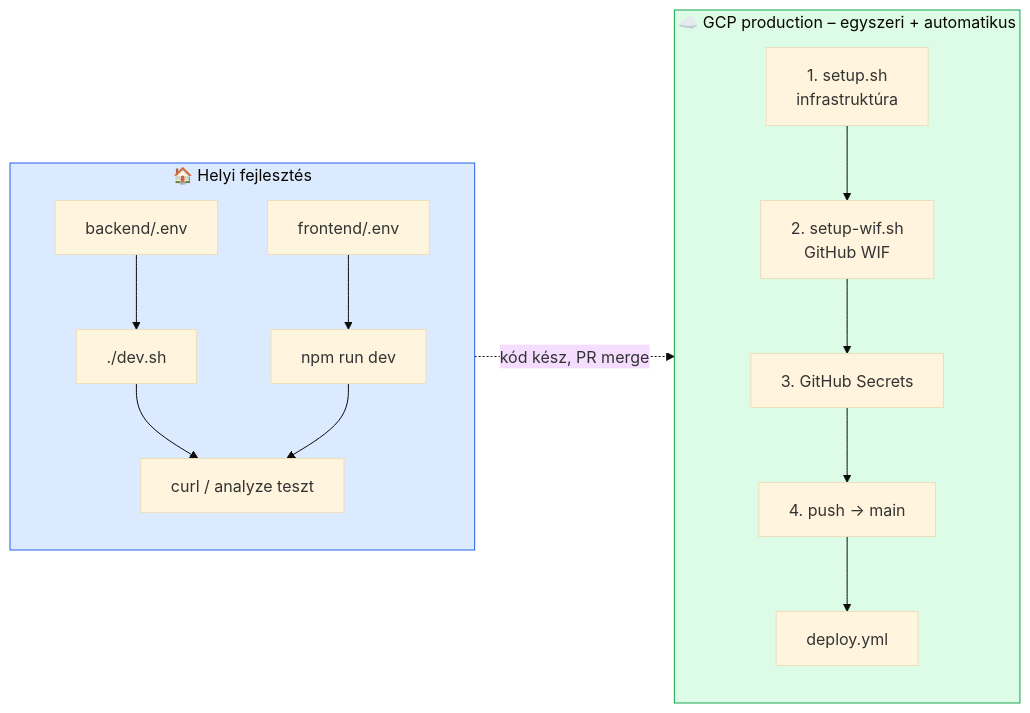
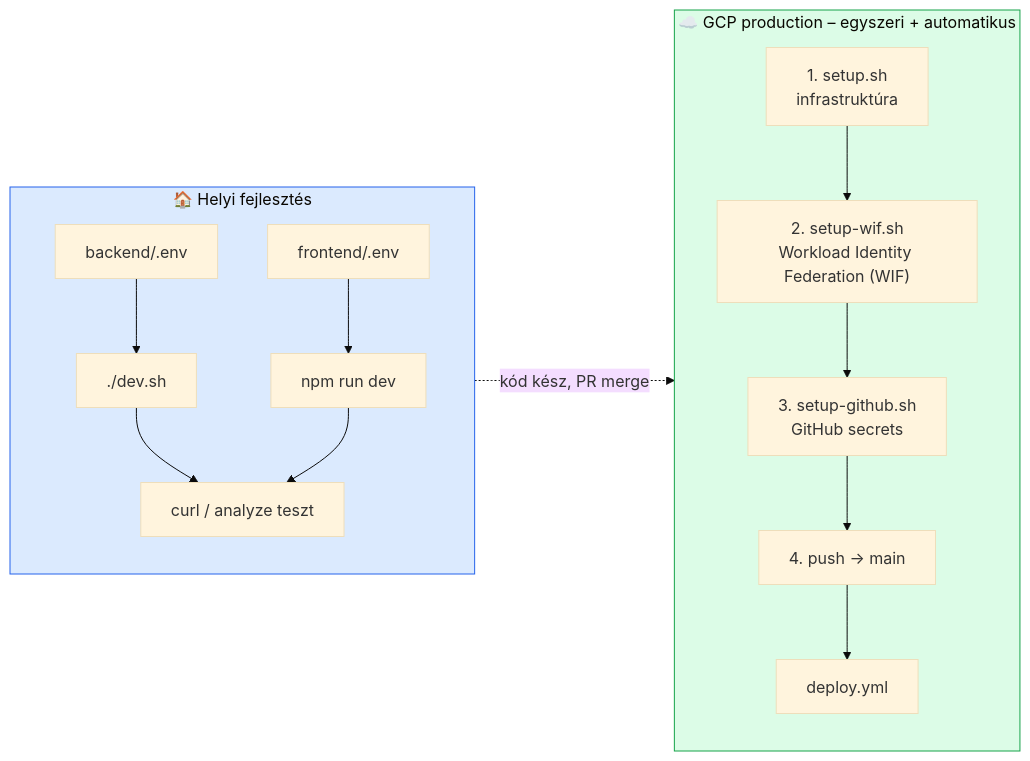
Before and after one commit to cloudsteak/trn-gcp-ai-contract-analyzer: the third of 6 diagrams in README.md, drawn with Mermaid (base theme). The commit also changed other lines of this file, not shown here.

Commit message:
Update README to enhance setup instructions for Google Cloud Platform deployment. Add `gh` CLI as a prerequisite, clarify Workload Identity Federation (WIF) steps, and introduce a new script for managing GitHub secrets. Improve content structure for better readability and accessibility. (#6)

````diff
--- a/README.md
+++ b/README.md
@@ -389,23 +387,23 @@
 ```mermaid
 flowchart LR
     subgraph Local["🏠 Helyi fejlesztés"]
         L1["backend/.env"] --> L2["./dev.sh"]
         L3["frontend/.env"] --> L4["npm run dev"]
         L2 --> L5["curl / analyze teszt"]
         L4 --> L5
     end
 
     subgraph GCP["☁️ GCP production – egyszeri + automatikus"]
-        S1["1. setup.sh<br/>infrastruktúra"] --> S2["2. setup-wif.sh<br/>GitHub WIF"]
-        S2 --> S3["3. GitHub Secrets"]
+        S1["1. setup.sh<br/>infrastruktúra"] --> S2["2. setup-wif.sh<br/>Workload Identity Federation (WIF)"]
+        S2 --> S3["3. setup-github.sh<br/>GitHub secrets"]
         S3 --> S4["4. push → main"]
         S4 --> S5["deploy.yml"]
     end
 
     Local -.->|"kód kész, PR merge"| GCP
 
     classDef local fill:#DBEAFE,stroke:#2563EB
     classDef gcp fill:#DCFCE7,stroke:#16A34A
     class Local local
     class GCP gcp
 ```
````
